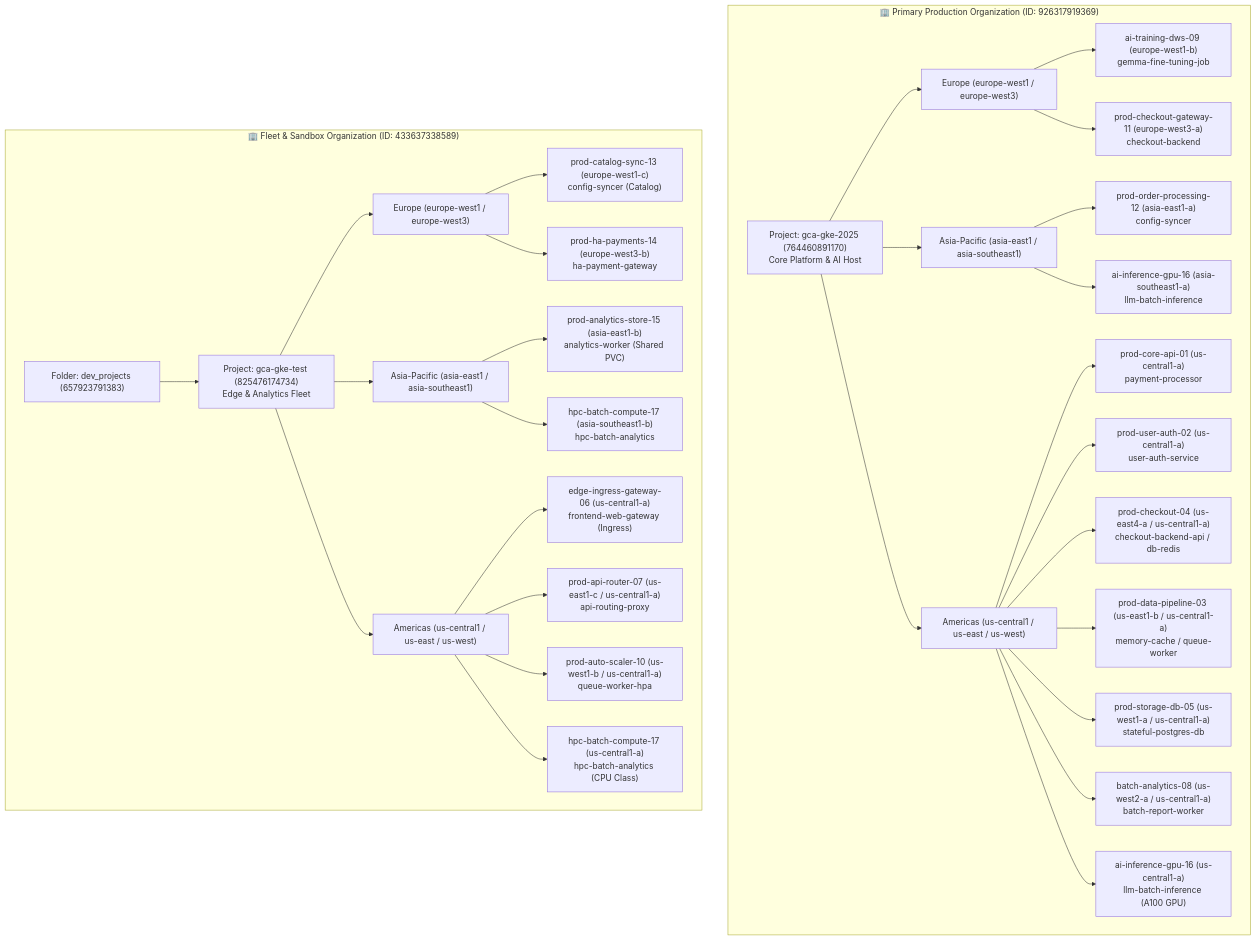
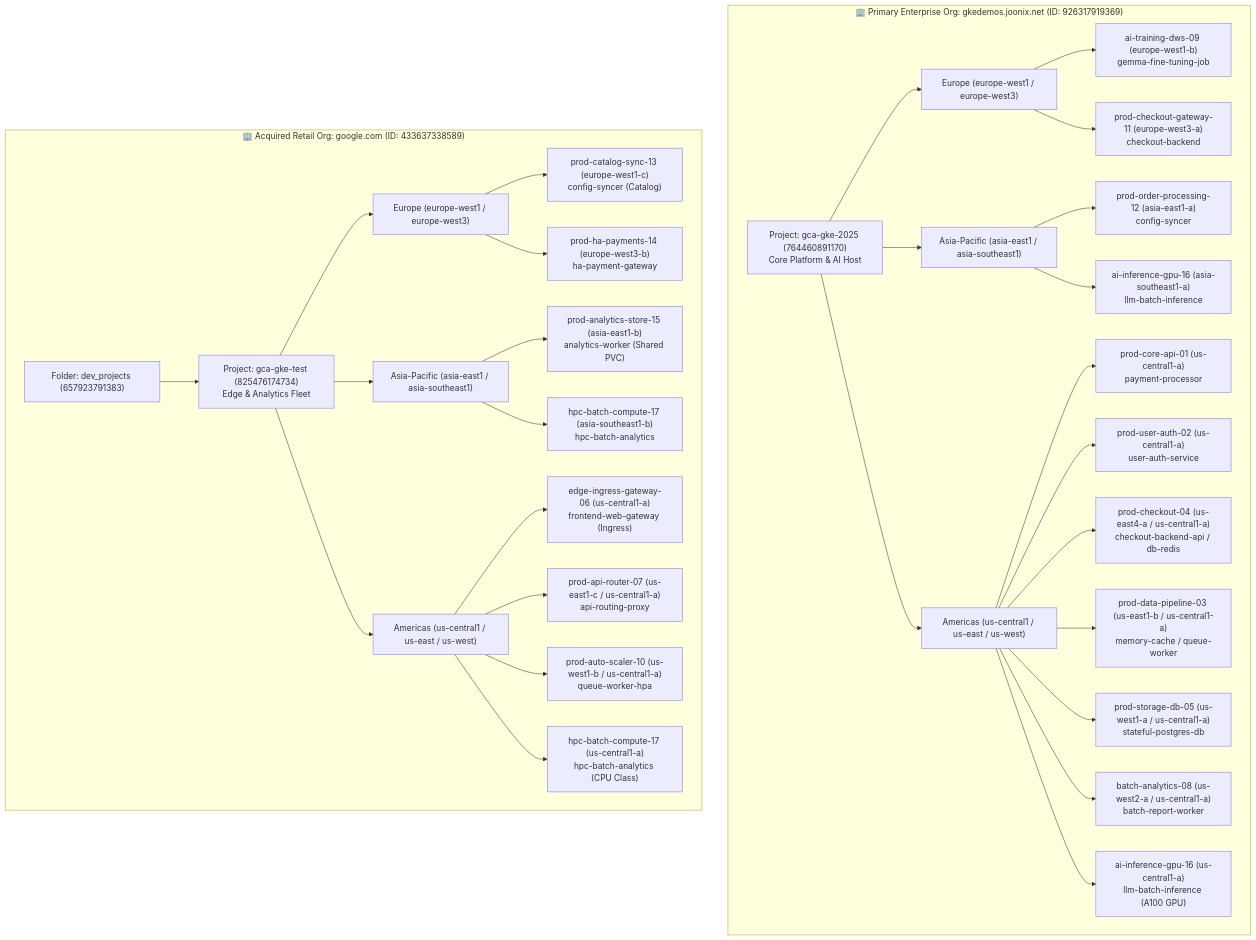
One commit to fkc1e100/gke-fleet-iac changed the diagram in docs/FLEET_TOPOLOGY.md. Above: the diagram before and after it, drawn with Mermaid. The commit also changed other lines of this file and 1 other file, not shown here.

Commit message:
docs: Add M&A background story, org names, and architecture onboarding FAQ

````diff
--- a/docs/FLEET_TOPOLOGY.md
+++ b/docs/FLEET_TOPOLOGY.md
@@ -14,54 +20,54 @@
 ```mermaid
 flowchart TD
-    subgraph ORG1["🏢 Primary Production Organization (ID: 926317919369)"]
+    subgraph ORG1["🏢 Primary Enterprise Org: gkedemos.joonix.net (ID: 926317919369)"]
         P1["Project: gca-gke-2025 (764460891170)<br>Core Platform & AI Host"]
 
         EU1["Europe (europe-west1 / europe-west3)"]
         APAC1["Asia-Pacific (asia-east1 / asia-southeast1)"]
         US1["Americas (us-central1 / us-east / us-west)"]
 
         P1 --> EU1
         P1 --> APAC1
         P1 --> US1
 
         EU1 --> C_DWS_EU["ai-training-dws-09 (europe-west1-b)<br>gemma-fine-tuning-job"]
         EU1 --> C_CHKG_EU["prod-checkout-gateway-11 (europe-west3-a)<br>checkout-backend"]
 
         APAC1 --> C_ORD_APAC["prod-order-processing-12 (asia-east1-a)<br>config-syncer"]
         APAC1 --> C_INF_APAC["ai-inference-gpu-16 (asia-southeast1-a)<br>llm-batch-inference"]
 
         US1 --> C_CORE_US["prod-core-api-01 (us-central1-a)<br>payment-processor"]
         US1 --> C_AUTH_US["prod-user-auth-02 (us-central1-a)<br>user-auth-service"]
         US1 --> C_CHK_US["prod-checkout-04 (us-east4-a / us-central1-a)<br>checkout-backend-api / db-redis"]
         US1 --> C_PIPE_US["prod-data-pipeline-03 (us-east1-b / us-central1-a)<br>memory-cache / queue-worker"]
         US1 --> C_DB_US["prod-storage-db-05 (us-west1-a / us-central1-a)<br>stateful-postgres-db"]
         US1 --> C_BATCH_US["batch-analytics-08 (us-west2-a / us-central1-a)<br>batch-report-worker"]
         US1 --> C_INF_US["ai-inference-gpu-16 (us-central1-a)<br>llm-batch-inference (A100 GPU)"]
     end
 
-    subgraph ORG2["🏢 Fleet & Sandbox Organization (ID: 433637338589)"]
+    subgraph ORG2["🏢 Acquired Retail Org: google.com (ID: 433637338589)"]
         FOLDER["Folder: dev_projects (657923791383)"]
         P2["Project: gca-gke-test (825476174734)<br>Edge & Analytics Fleet"]
 
         FOLDER --> P2
 
         EU2["Europe (europe-west1 / europe-west3)"]
         APAC2["Asia-Pacific (asia-east1 / asia-southeast1)"]
         US2["Americas (us-central1 / us-east / us-west)"]
 
         P2 --> EU2
         P2 --> APAC2
         P2 --> US2
 
         EU2 --> T_CAT_EU["prod-catalog-sync-13 (europe-west1-c)<br>config-syncer (Catalog)"]
         EU2 --> T_PAY_EU["prod-ha-payments-14 (europe-west3-b)<br>ha-payment-gateway"]
 
         APAC2 --> T_STORE_APAC["prod-analytics-store-15 (asia-east1-b)<br>analytics-worker (Shared PVC)"]
         APAC2 --> T_HPC_APAC["hpc-batch-compute-17 (asia-southeast1-b)<br>hpc-batch-analytics"]
 
         US2 --> T_ING_US["edge-ingress-gateway-06 (us-central1-a)<br>frontend-web-gateway (Ingress)"]
         US2 --> T_ROUT_US["prod-api-router-07 (us-east1-c / us-central1-a)<br>api-routing-proxy"]
         US2 --> T_AUTO_US["prod-auto-scaler-10 (us-west1-b / us-central1-a)<br>queue-worker-hpa"]
         US2 --> T_HPC_US["hpc-batch-compute-17 (us-central1-a)<br>hpc-batch-analytics (CPU Class)"]
     end
 ```
````
